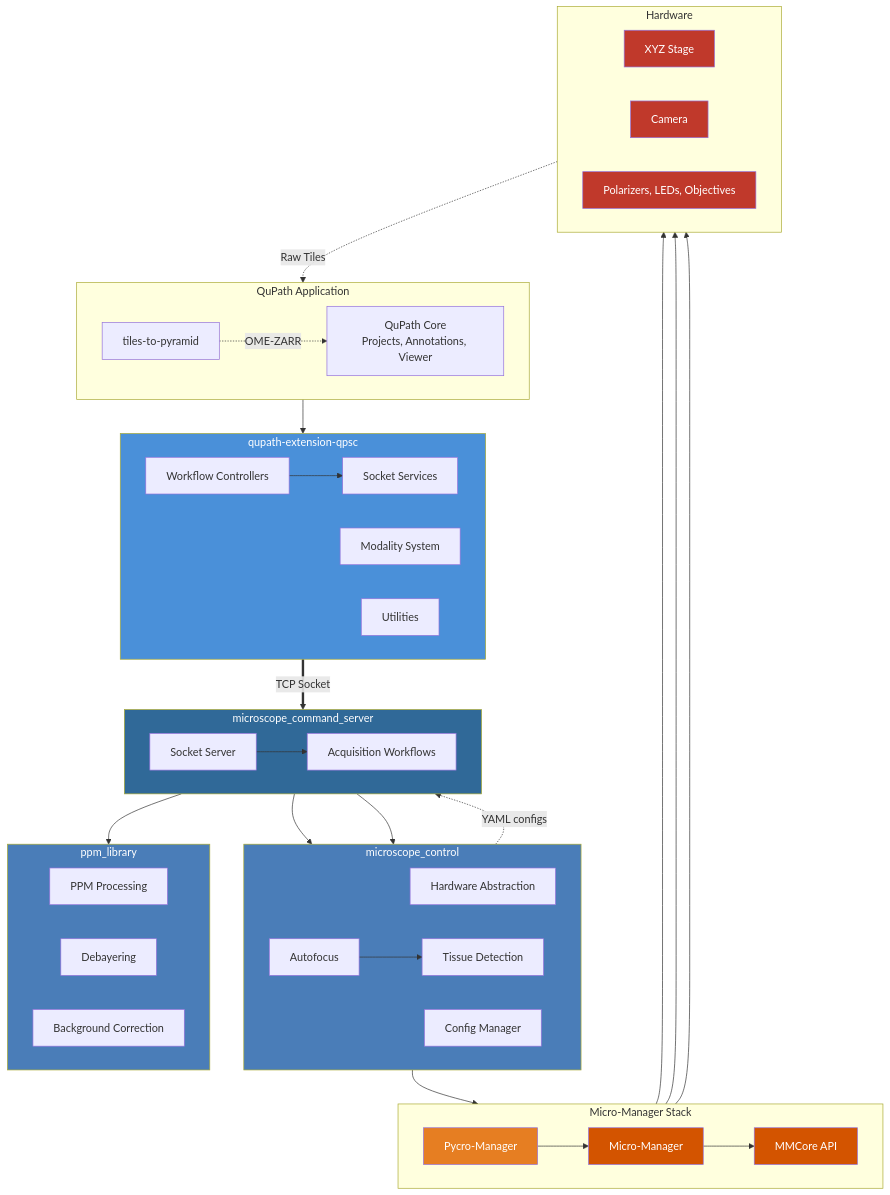
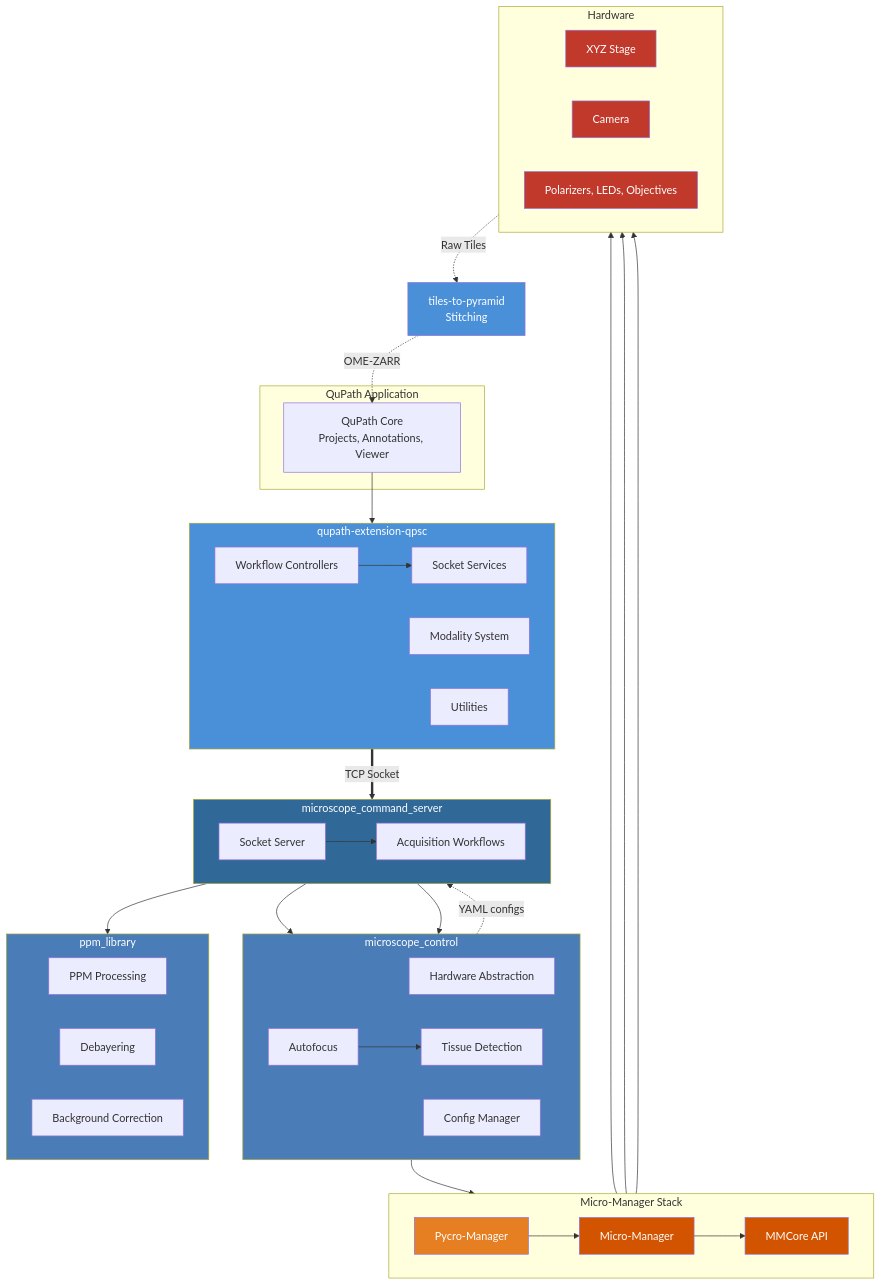
Before and after one commit to uw-loci/QPSC: the first of 2 diagrams in docs/architecture.md, drawn with Mermaid.

Commit message:
Move tiles-to-pyramid alongside Hardware to avoid control overlay
Pull T2P out of the QuPath subgraph and position it next to
HWLayer using invisible links. Add invisible spacer node below
to keep GitHub's Mermaid pan/zoom controls away from content.

````diff
--- a/docs/architecture.md
+++ b/docs/architecture.md
@@ -11,9 +11,7 @@
 ```mermaid
 flowchart TB
     subgraph QuPathLayer["QuPath Application"]
-        direction LR
         QApp["QuPath Core<br/>Projects, Annotations, Viewer"]
-        T2P["tiles-to-pyramid"]
     end
 
     subgraph QPSCLayer["qupath-extension-qpsc"]
@@ -59,6 +57,8 @@
         Extras["Polarizers, LEDs, Objectives"]
     end
 
+    T2P["tiles-to-pyramid<br/>Stitching"]
+
     QApp --> Ctrl
     Ctrl --> Svc
     Svc ==>|"TCP Socket"| QPSrv
@@ -78,14 +78,19 @@
     T2P -.->|"OME-ZARR"| QApp
     ConfigMgr -.->|"YAML configs"| AcqEng
 
+    HWLayer ~~~ T2P
+    T2P ~~~ PAD[ ]
+
     style QPSCLayer fill:#4A90D9,color:#fff
     style ServerLayer fill:#306998,color:#fff
     style ControlLayer fill:#4A7DB8,color:#fff
     style PPMLayer fill:#4A7DB8,color:#fff
+    style T2P fill:#4A90D9,color:#fff
     style PyCro fill:#E67E22,color:#fff
     style MicroM fill:#D35400,color:#fff
     style MMCore fill:#D35400,color:#fff
     style Cam fill:#C0392B,color:#fff
     style Stage fill:#C0392B,color:#fff
     style Extras fill:#C0392B,color:#fff
+    style PAD fill:none,stroke:none,color:none
 ```
````
